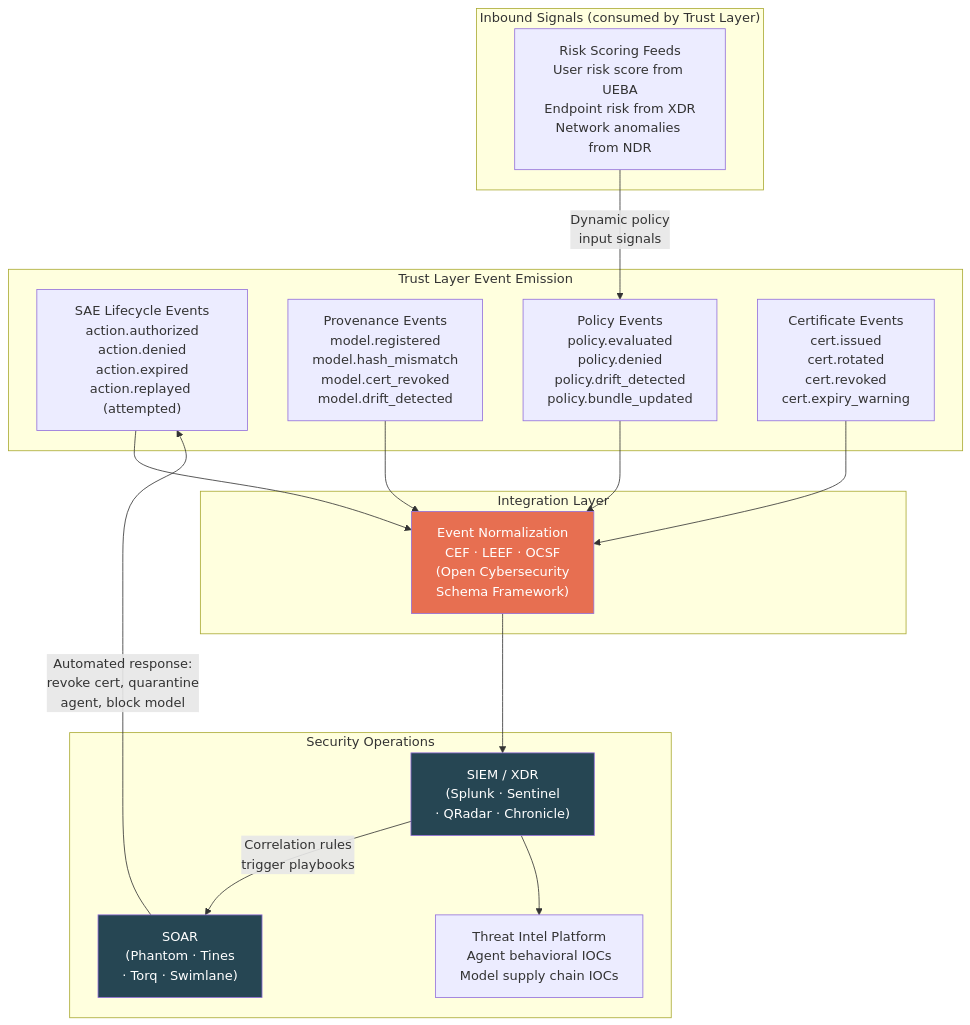
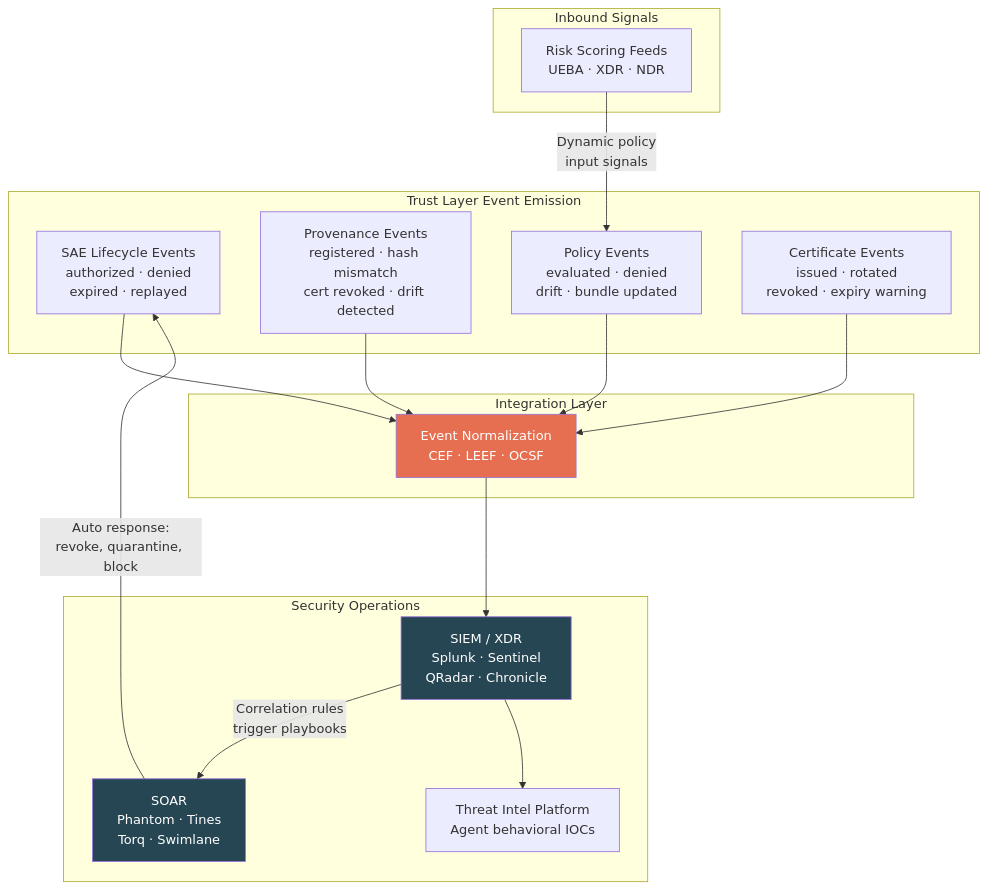
One commit to kjayashr/cryptographic-trust-layer changed diagram 11 of 16 in cryptographic-trust-layer-thesis.md. Above: the diagram before and after it, drawn with Mermaid. The commit also changed other lines of this file, not shown here.

First line of the commit message:
Fix mermaid diagrams and add 10,000ft architecture overview

````diff
--- a/cryptographic-trust-layer-thesis.md
+++ b/cryptographic-trust-layer-thesis.md
@@ -423,39 +475,39 @@
 ```mermaid
 graph TB
     subgraph "Trust Layer Event Emission"
-        SAE_EVENTS["SAE Lifecycle Events\naction.authorized\naction.denied\naction.expired\naction.replayed (attempted)"]
-        PROV_EVENTS["Provenance Events\nmodel.registered\nmodel.hash_mismatch\nmodel.cert_revoked\nmodel.drift_detected"]
-        POLICY_EVENTS["Policy Events\npolicy.evaluated\npolicy.denied\npolicy.drift_detected\npolicy.bundle_updated"]
-        CERT_EVENTS["Certificate Events\ncert.issued\ncert.rotated\ncert.revoked\ncert.expiry_warning"]
+        SAE_EVENTS["SAE Lifecycle Events<br/>authorized · denied<br/>expired · replayed"]
+        PROV_EVENTS["Provenance Events<br/>registered · hash mismatch<br/>cert revoked · drift detected"]
+        POLICY_EVENTS["Policy Events<br/>evaluated · denied<br/>drift · bundle updated"]
+        CERT_EVENTS["Certificate Events<br/>issued · rotated<br/>revoked · expiry warning"]
     end
 
     subgraph "Integration Layer"
-        NORM["Event Normalization\nCEF · LEEF · OCSF\n(Open Cybersecurity\nSchema Framework)"]
+        NORM["Event Normalization<br/>CEF · LEEF · OCSF"]
     end
 
     subgraph "Security Operations"
-        SIEM["SIEM / XDR\n(Splunk · Sentinel\n· QRadar · Chronicle)"]
-        SOAR["SOAR\n(Phantom · Tines\n· Torq · Swimlane)"]
-        TIP["Threat Intel Platform\nAgent behavioral IOCs\nModel supply chain IOCs"]
+        SIEM["SIEM / XDR<br/>Splunk · Sentinel<br/>QRadar · Chronicle"]
+        SOAR["SOAR<br/>Phantom · Tines<br/>Torq · Swimlane"]
+        TIP["Threat Intel Platform<br/>Agent behavioral IOCs"]
     end
 
     SAE_EVENTS --> NORM
     PROV_EVENTS --> NORM
     POLICY_EVENTS --> NORM
     CERT_EVENTS --> NORM
 
     NORM --> SIEM
-    SIEM -->|"Correlation rules\ntrigger playbooks"| SOAR
-    SOAR -->|"Automated response:\nrevoke cert, quarantine\nagent, block model"| SAE_EVENTS
+    SIEM -->|"Correlation rules<br/>trigger playbooks"| SOAR
+    SOAR -->|"Auto response:<br/>revoke, quarantine, block"| SAE_EVENTS
     SIEM --> TIP
 
-    subgraph "Inbound Signals (consumed by Trust Layer)"
-        RISK["Risk Scoring Feeds\nUser risk score from UEBA\nEndpoint risk from XDR\nNetwork anomalies from NDR"]
+    subgraph "Inbound Signals"
+        RISK["Risk Scoring Feeds<br/>UEBA · XDR · NDR"]
     end
 
-    RISK -->|"Dynamic policy\ninput signals"| POLICY_EVENTS
+    RISK -->|"Dynamic policy<br/>input signals"| POLICY_EVENTS
 
     style NORM fill:#e76f51,color:#fff
     style SIEM fill:#264653,color:#fff
     style SOAR fill:#264653,color:#fff
 ```
````
